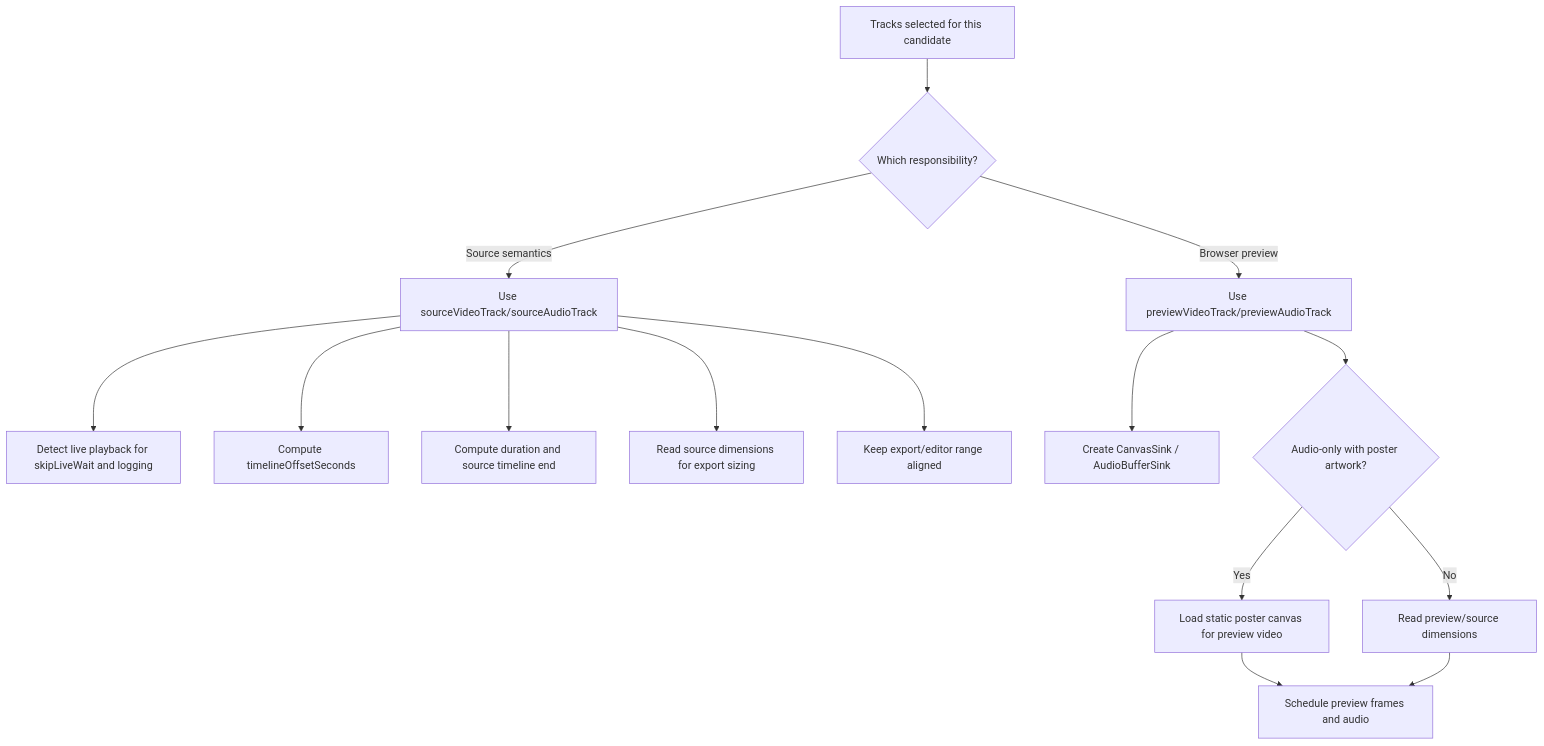
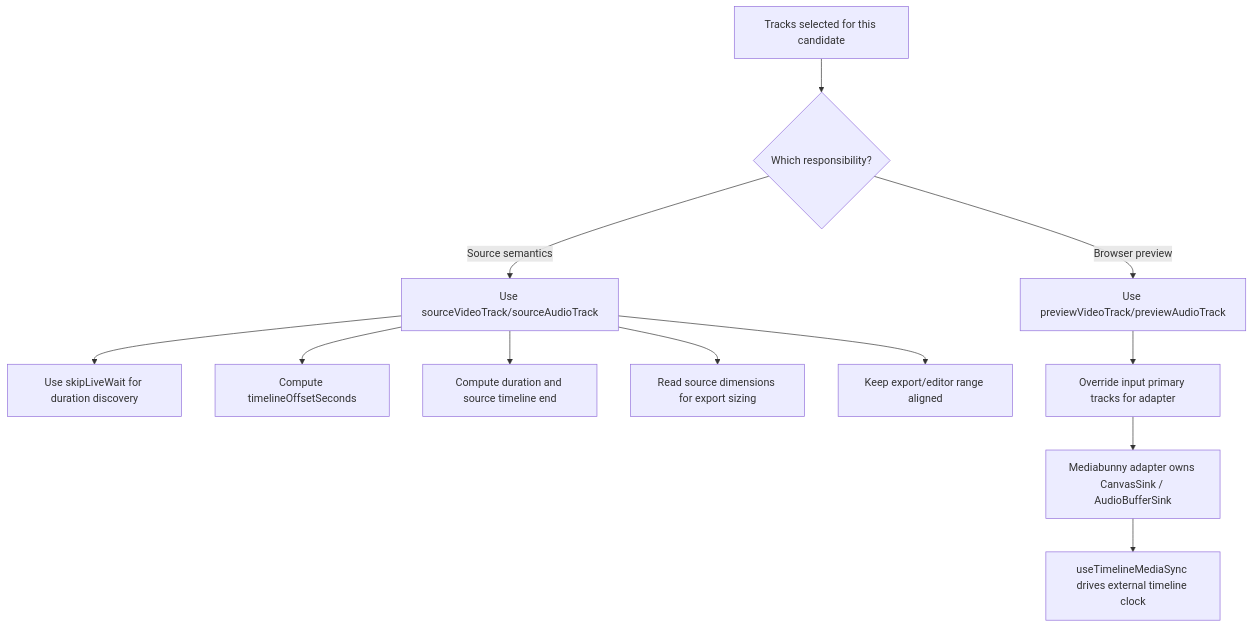
One commit to TechSquidTV/Cliparr changed the fourth of 13 diagrams in .github/docs/diagrams.md. Above: the diagram before and after it, drawn with Mermaid. The commit also changed other lines of this file and 43 other files, not shown here.

Commit message:
feat(frontend)!: replace editor timeline engine

````diff
--- a/.github/docs/diagrams.md
+++ b/.github/docs/diagrams.md
@@ -117,20 +115,17 @@
 ```mermaid
 flowchart TD
     A["Tracks selected for this candidate"] --> B{"Which responsibility?"}
 
     B -- "Source semantics" --> C["Use sourceVideoTrack/sourceAudioTrack"]
-    C --> D["Detect live playback for skipLiveWait and logging"]
+    C --> D["Use skipLiveWait for duration discovery"]
     C --> E["Compute timelineOffsetSeconds"]
     C --> F["Compute duration and source timeline end"]
     C --> G["Read source dimensions for export sizing"]
 
     B -- "Browser preview" --> H["Use previewVideoTrack/previewAudioTrack"]
-    H --> I["Create CanvasSink / AudioBufferSink"]
-    H --> J{"Audio-only with poster artwork?"}
-    J -- "Yes" --> K["Load static poster canvas for preview video"]
-    J -- "No" --> L["Read preview/source dimensions"]
-    K --> M["Schedule preview frames and audio"]
-    L --> M
+    H --> I["Override input primary tracks for adapter"]
+    I --> J["Mediabunny adapter owns CanvasSink / AudioBufferSink"]
+    J --> K["useTimelineMediaSync drives external timeline clock"]
 
     C --> N["Keep export/editor range aligned"]
 ```
````
